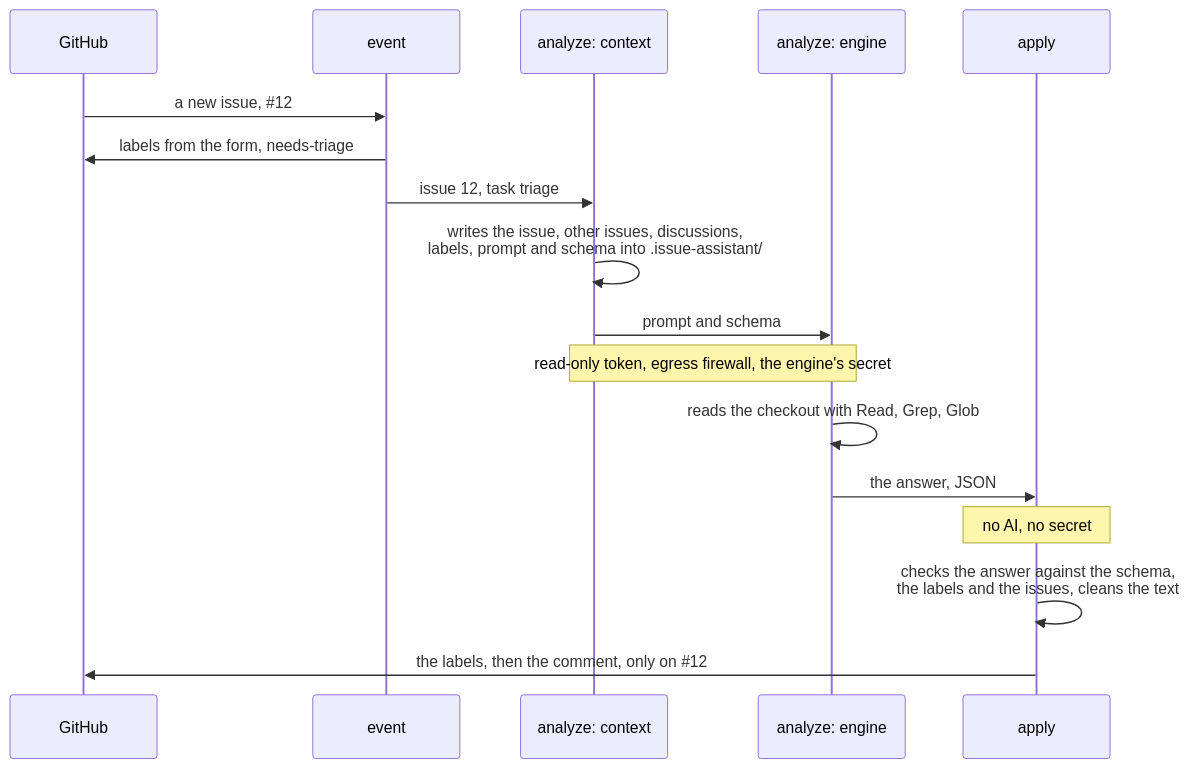
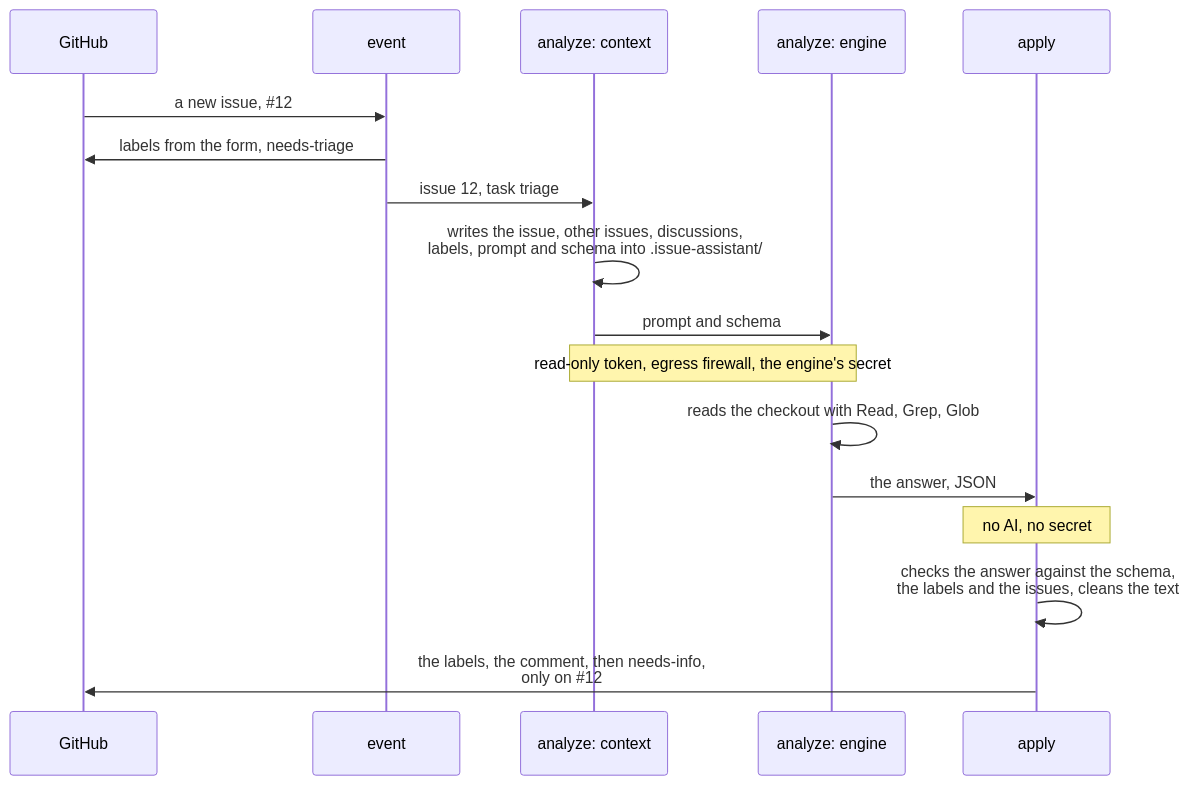
One commit to Dennis-Otto/issue-assistant changed the second of 8 diagrams in docs/architecture.md. Above: the diagram before and after it, drawn with Mermaid. The commit also changed other lines of this file and 7 other files, not shown here.

First line of the commit message:
fix: add needs-info after the question and a fix's labels before its notice

````diff
--- a/docs/architecture.md
+++ b/docs/architecture.md
@@ -70,19 +70,19 @@
 ```mermaid
 sequenceDiagram
   participant G as GitHub
   participant E as event
   participant C as analyze: context
   participant AI as analyze: engine
   participant P as apply
   G->>E: a new issue, #35;12
   E->>G: labels from the form, needs-triage
   E->>C: issue 12, task triage
   C->>C: writes the issue, other issues, discussions,<br/>labels, prompt and schema into .issue-assistant/
   C->>AI: prompt and schema
   Note over C,AI: read-only token, egress firewall, the engine's secret
   AI->>AI: reads the checkout with Read, Grep, Glob
   AI->>P: the answer, JSON
   Note over P: no AI, no secret
   P->>P: checks the answer against the schema,<br/>the labels and the issues, cleans the text
-  P->>G: the labels, then the comment, only on #35;12
+  P->>G: the labels, the comment, then needs-info,<br/>only on #35;12
 ```
````
